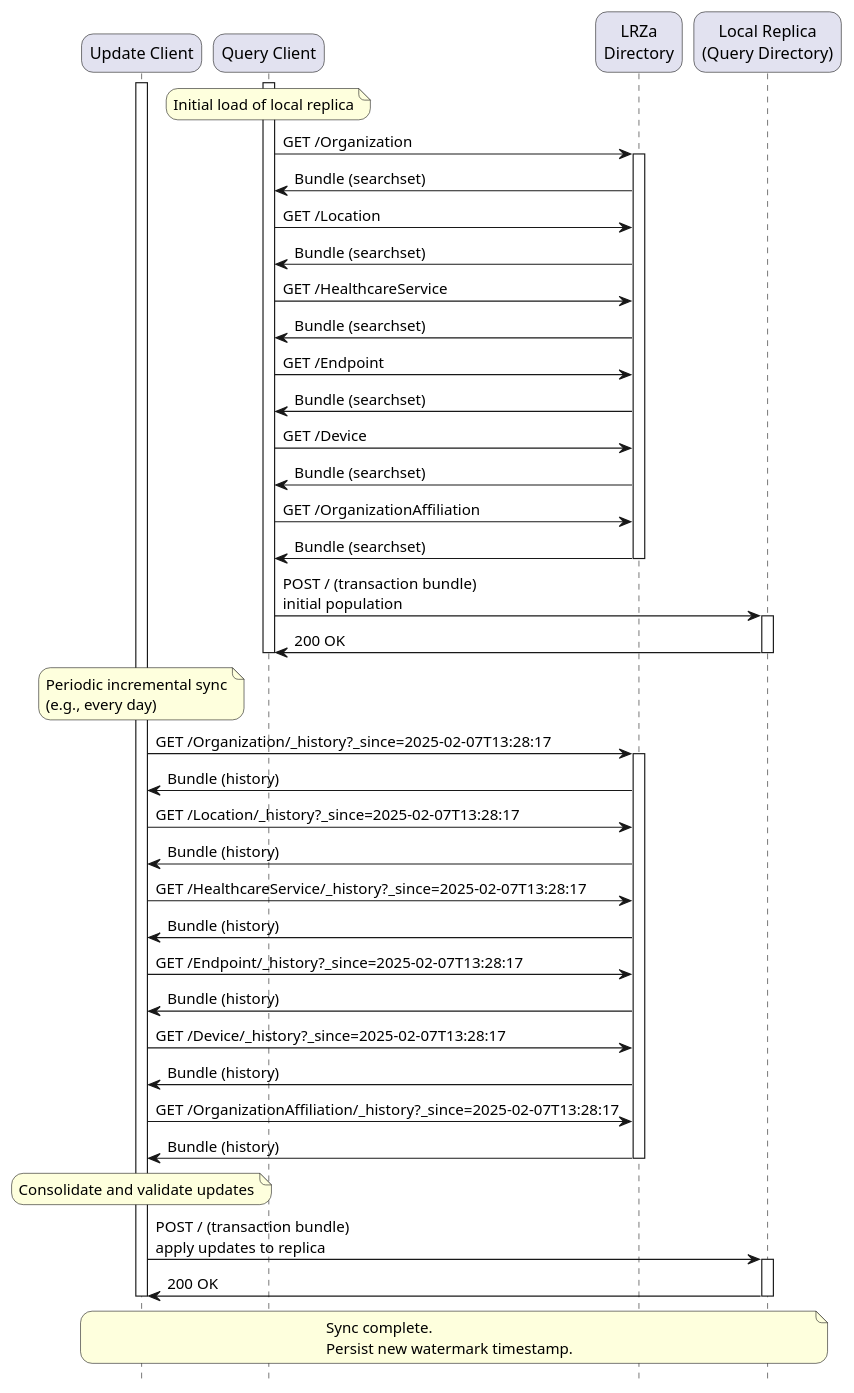
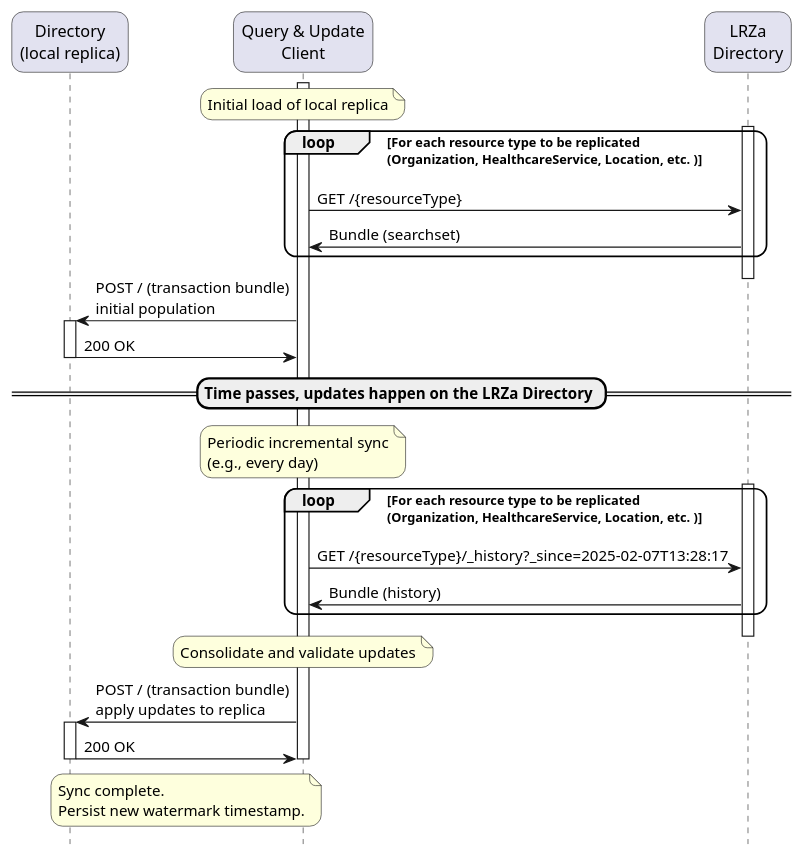
One commit to minvws/generiekefuncties-docs changed the diagram in input/images-source/care-services-sync-example.plantuml. Above: the diagram before and after it, drawn with PlantUML. The commit also changed 6 other files, not shown here.

```diff
--- a/input/images-source/care-services-sync-example.plantuml
+++ b/input/images-source/care-services-sync-example.plantuml
@@ -1,66 +1,53 @@
 @startuml care-services-sync-example
 
 skinparam roundcorner 20
 skinparam defaultFontName Arial 
 hide footbox
 
 !pragma teoz true
 
-participant  UC as "Update Client"
-participant  QC as "Query Client"
+participant  QD as "Directory\n(local replica)"
+participant  QUC as "Query & Update\nClient"
 participant  LRZa as "LRZa\nDirectory"
-participant  QD as "Local Replica\n(Query Directory)"
 
-activate UC
-activate QC
-note over QC: Initial load of local replica
 
-QC -> LRZa: GET /Organization
+
+activate QUC
+note over QUC: Initial load of local replica
+
 activate LRZa
-LRZa -> QC: Bundle (searchset)
-QC -> LRZa: GET /Location
-LRZa -> QC: Bundle (searchset)
-QC -> LRZa: GET /HealthcareService
-LRZa -> QC: Bundle (searchset)
-QC -> LRZa: GET /Endpoint
-LRZa -> QC: Bundle (searchset)
-QC -> LRZa: GET /Device
-LRZa -> QC: Bundle (searchset)
-QC -> LRZa: GET /OrganizationAffiliation
-LRZa -> QC: Bundle (searchset)
+loop For each resource type to be replicated\n(Organization, HealthcareService, Location, etc. )
+QUC -> LRZa: GET /{resourceType}
+LRZa -> QUC: Bundle (searchset)
+end
 deactivate LRZa
 
-QC -> QD: POST / (transaction bundle)\ninitial population
+QUC -> QD: POST / (transaction bundle)\ninitial population
 activate QD
-QD -> QC: 200 OK
+
+QD -> QUC: 200 OK
 deactivate QD
-deactivate QC
 
-note over UC: Periodic incremental sync\n(e.g., every day)
+== Time passes, updates happen on the LRZa Directory ==
 
-UC -> LRZa: GET /Organization/_history?_since=2025-02-07T13:28:17
+
+note over QUC: Periodic incremental sync\n(e.g., every day)
+
 activate LRZa
-LRZa -> UC: Bundle (history)
-UC -> LRZa: GET /Location/_history?_since=2025-02-07T13:28:17
-LRZa -> UC: Bundle (history)
-UC -> LRZa: GET /HealthcareService/_history?_since=2025-02-07T13:28:17
-LRZa -> UC: Bundle (history)
-UC -> LRZa: GET /Endpoint/_history?_since=2025-02-07T13:28:17
-LRZa -> UC: Bundle (history)
-UC -> LRZa: GET /Device/_history?_since=2025-02-07T13:28:17
-LRZa -> UC: Bundle (history)
-UC -> LRZa: GET /OrganizationAffiliation/_history?_since=2025-02-07T13:28:17
-LRZa -> UC: Bundle (history)
+loop For each resource type to be replicated\n(Organization, HealthcareService, Location, etc. )
+QUC -> LRZa: GET /{resourceType}/_history?_since=2025-02-07T13:28:17
+LRZa -> QUC: Bundle (history)
+end
 deactivate LRZa
 
-note over UC: Consolidate and validate updates
+note over QUC: Consolidate and validate updates
 
-UC -> QD: POST / (transaction bundle)\napply updates to replica
+QUC -> QD: POST / (transaction bundle)\napply updates to replica
 activate QD
-QD -> UC: 200 OK
+QD -> QUC: 200 OK
 deactivate QD
+deactivate QUC
+note over QUC,QD: Sync complete.\nPersist new watermark timestamp.
 
-note over UC,QD: Sync complete.\nPersist new watermark timestamp.
-deactivate UC
 
 @enduml
```
